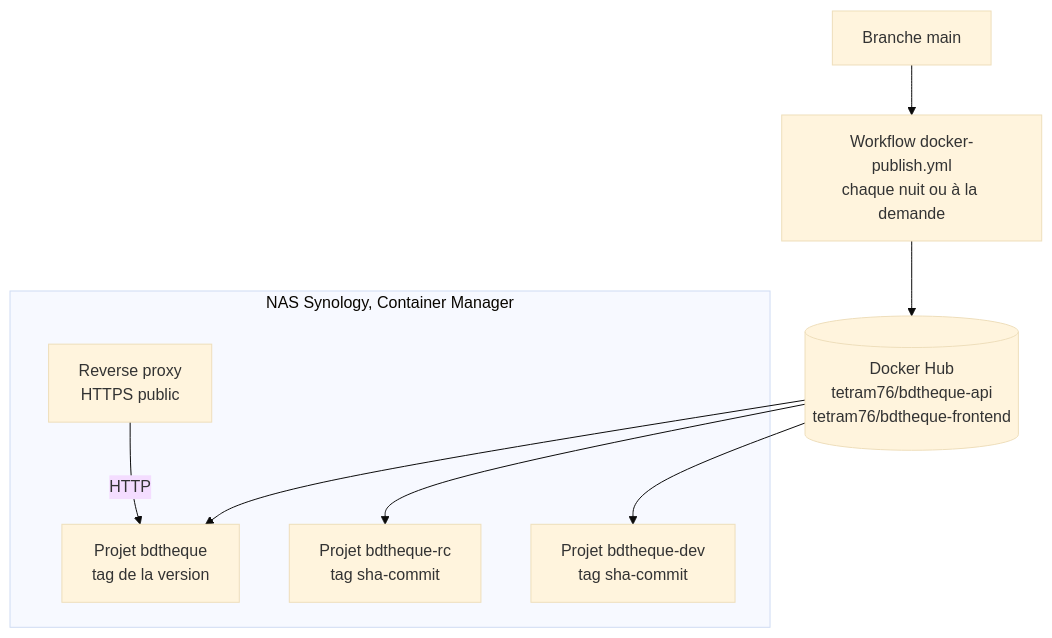
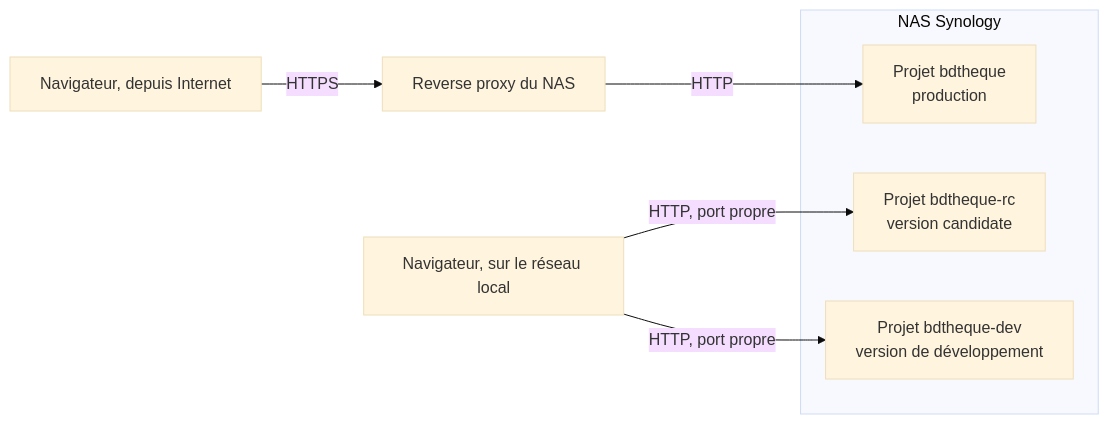
Before and after one commit to Tetram76/bdtheque-claude: the second of 4 diagrams in docs/tech/architecture/deploiement.md, drawn with Mermaid (base theme). The commit also changed other lines of this file and 3 other files, not shown here.

First line of the commit message:
docs(tech): architecture réécrite pour un lecteur humain

````diff
--- a/docs/tech/architecture/deploiement.md
+++ b/docs/tech/architecture/deploiement.md
@@ -21,18 +48,17 @@
 ```mermaid
-flowchart TB
-    main["Branche main"]
-    publish["Workflow docker-publish.yml<br/>chaque nuit ou à la demande"]
-    hub[("Docker Hub<br/>tetram76/bdtheque-api<br/>tetram76/bdtheque-frontend")]
-    main --> publish --> hub
+flowchart LR
+    internet["Navigateur, depuis Internet"]
+    local["Navigateur, sur le réseau local"]
+    proxy["Reverse proxy du NAS"]
 
-    subgraph nas["NAS Synology, Container Manager"]
-        proxy["Reverse proxy<br/>HTTPS public"]
-        prod["Projet bdtheque<br/>tag de la version"]
-        rc["Projet bdtheque-rc<br/>tag sha-commit"]
-        dev["Projet bdtheque-dev<br/>tag sha-commit"]
+    subgraph nas["NAS Synology"]
+        prod["Projet bdtheque<br/>production"]
+        rc["Projet bdtheque-rc<br/>version candidate"]
+        dev["Projet bdtheque-dev<br/>version de développement"]
     end
-    hub --> prod
-    hub --> rc
-    hub --> dev
+
+    internet -- "HTTPS" --> proxy
     proxy -- "HTTP" --> prod
+    local -- "HTTP, port propre" --> rc
+    local -- "HTTP, port propre" --> dev
 ```
````
